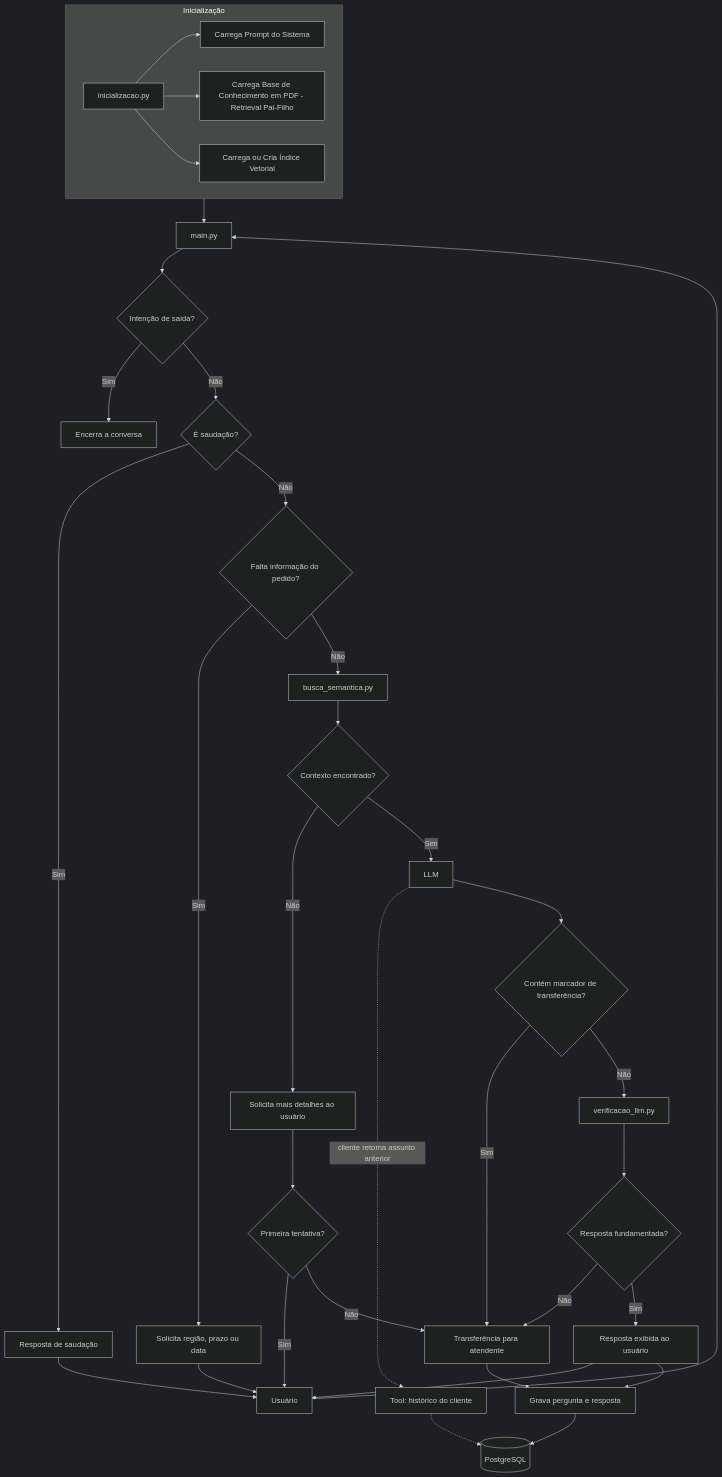
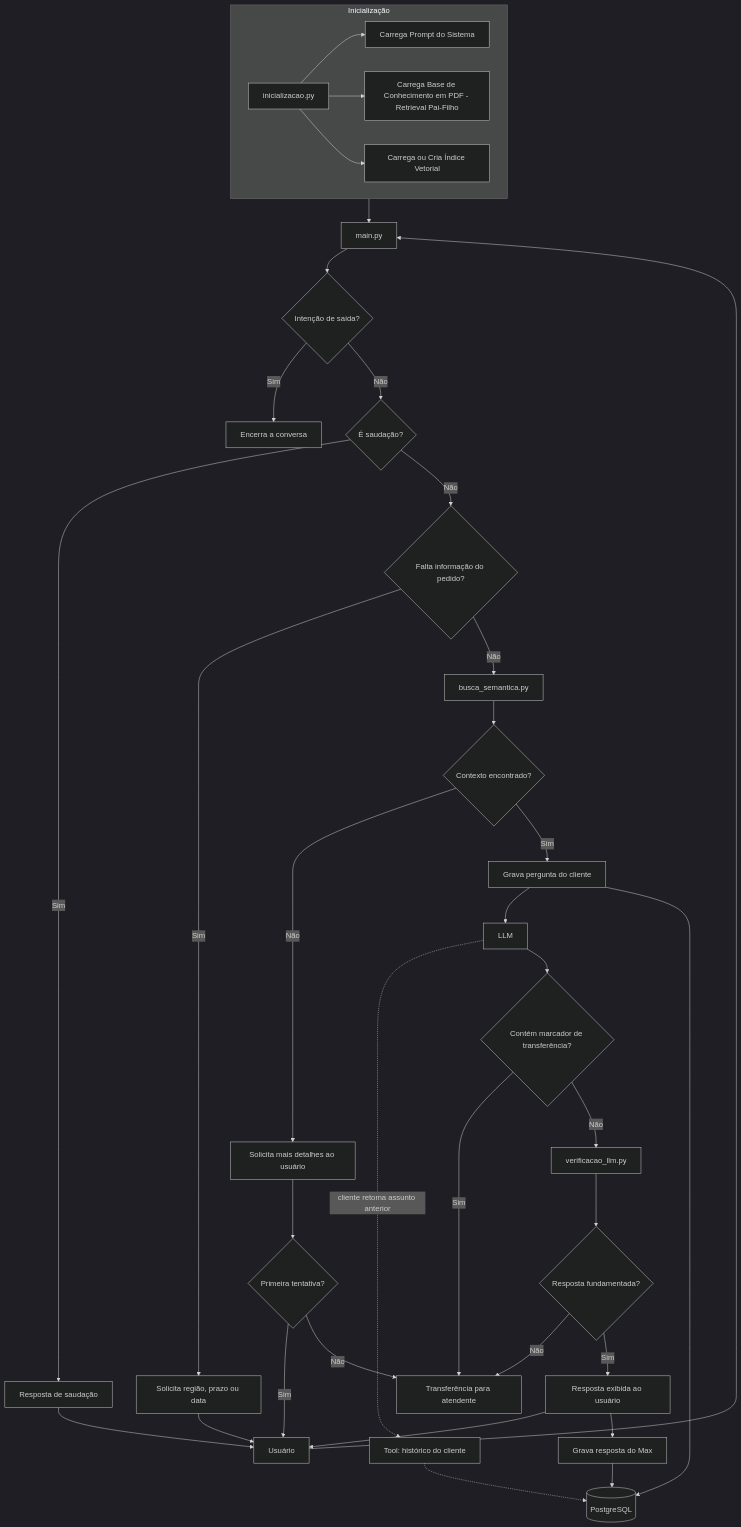
Before and after one commit to igormuccio/max-assistente: the diagram in README.md, drawn with Mermaid (dark theme). The commit also changed other lines of this file and 1 other file, not shown here.

Commit message:
Adiciona schema.sql e passo de criação do banco no README, também alinha com persistência, saída por embedding e diagrama

````diff
--- a/README.md
+++ b/README.md
@@ -63,49 +63,50 @@
 ```mermaid
 flowchart TD
     Usuario[Usuário]
     mainpy[main.py]
 
     subgraph Inicializacao [Inicialização]
         inicializacaopy[inicializacao.py] --> CarregaPrompt[Carrega Prompt do Sistema]
         inicializacaopy --> CarregaBase[Carrega Base de Conhecimento em PDF - Retrieval Pai-Filho]
         inicializacaopy --> CarregaIndice[Carrega ou Cria Índice Vetorial]
     end
 
     Inicializacao --> mainpy
     Usuario --> mainpy
     mainpy --> Saida{Intenção de saída?}
 
     Saida -->|Sim| Encerra[Encerra a conversa]
     Saida -->|Não| Saudacao{É saudação?}
 
     Saudacao -->|Sim| RespostaSaudacao[Resposta de saudação]
     RespostaSaudacao --> Usuario
 
     Saudacao -->|Não| FaltaInfo{Falta informação do pedido?}
     FaltaInfo -->|Sim| SolicitaInfo[Solicita região, prazo ou data]
     SolicitaInfo --> Usuario
 
     FaltaInfo -->|Não| buscapy[busca_semantica.py]
     buscapy --> ContextoEncontrado{Contexto encontrado?}
 
     ContextoEncontrado -->|Não| SolicitaDetalhes[Solicita mais detalhes ao usuário]
     SolicitaDetalhes --> PrimeiraTentativa{Primeira tentativa?}
     PrimeiraTentativa -->|Sim| Usuario
     PrimeiraTentativa -->|Não| Transferencia[Transferência para atendente]
 
-    ContextoEncontrado -->|Sim| LLM[LLM]
+    ContextoEncontrado -->|Sim| GravaPergunta[Grava pergunta do cliente]
+    GravaPergunta --> LLM[LLM]
     LLM -.->|cliente retoma assunto anterior| Historico[Tool: histórico do cliente]
     Historico -.-> BancoDados[(PostgreSQL)]
     LLM --> MarcadorTransferencia{Contém marcador de transferência?}
     MarcadorTransferencia -->|Sim| Transferencia
     MarcadorTransferencia -->|Não| verificacaopy[verificacao_llm.py]
 
     verificacaopy --> RespostaFundamentada{Resposta fundamentada?}
     RespostaFundamentada -->|Não| Transferencia
     RespostaFundamentada -->|Sim| RespostaExibida[Resposta exibida ao usuário]
     RespostaExibida --> Usuario
 
-    RespostaExibida --> Grava[Grava pergunta e resposta]
-    Transferencia --> Grava
-    Grava --> BancoDados
+    GravaPergunta --> BancoDados
+    RespostaExibida --> GravaResposta[Grava resposta do Max]
+    GravaResposta --> BancoDados
 ```
````
